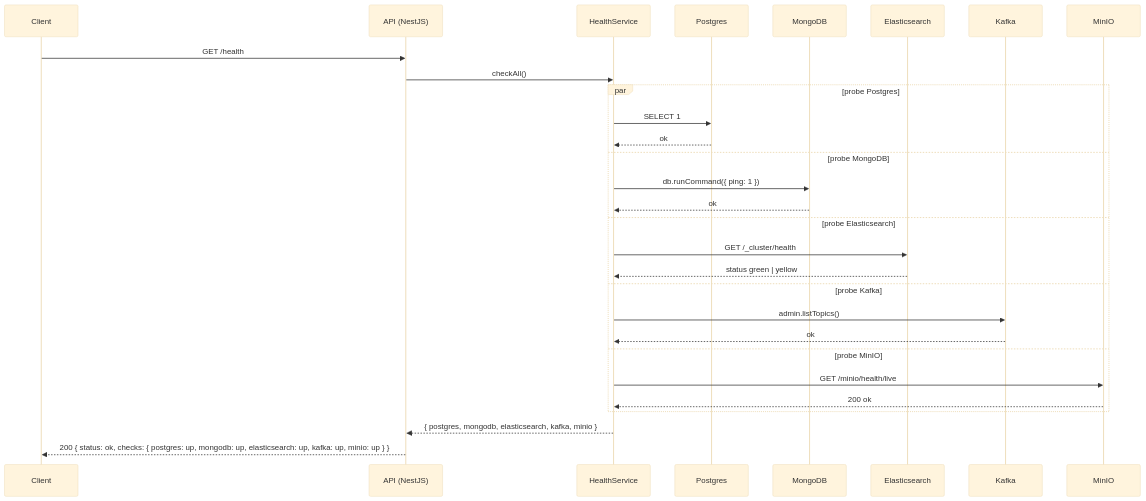
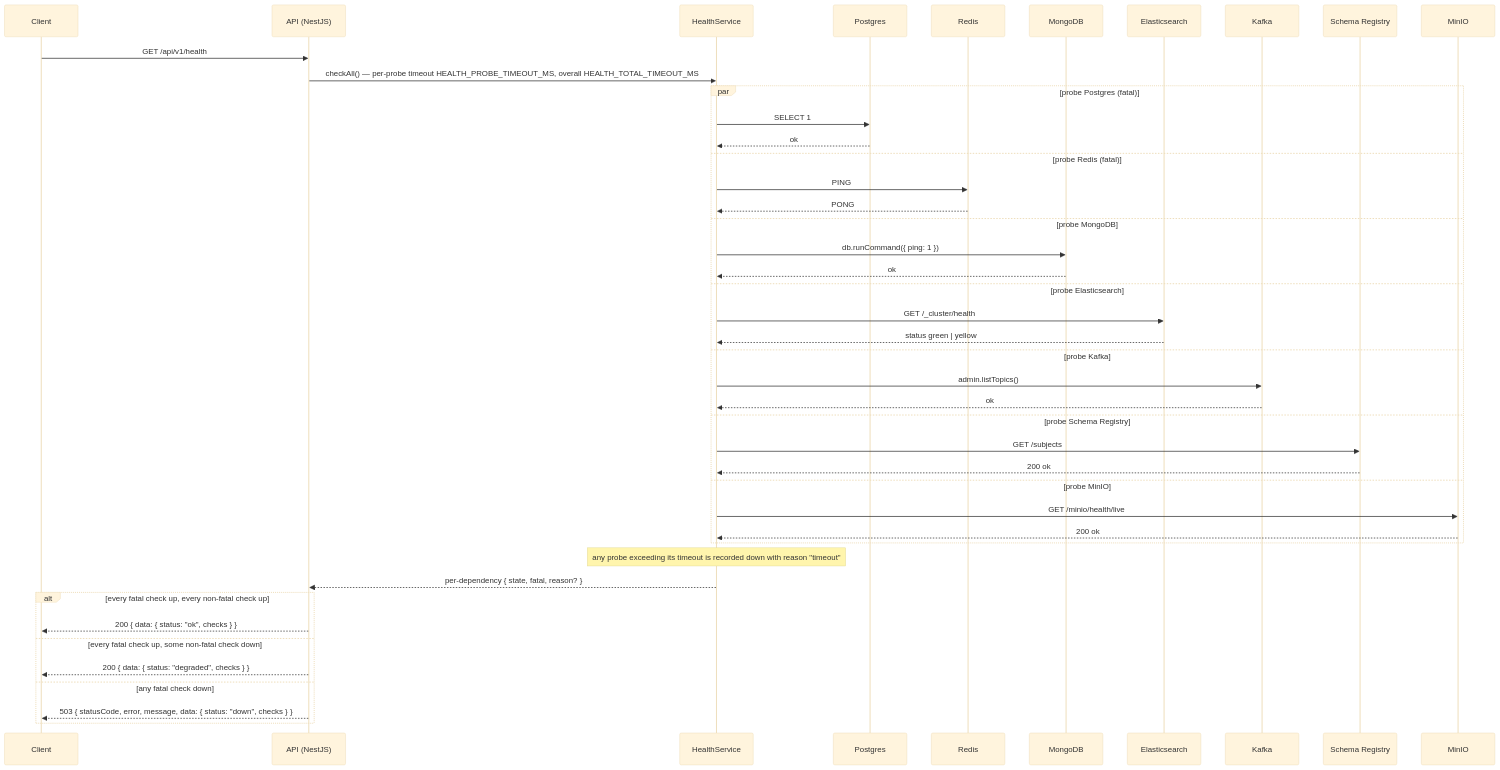
One commit to alisa-uthi/aliceut-ecom-document changed the first of 2 diagrams in phase-1/technical-design/api-design/health.md. Above: the diagram before and after it, drawn with Mermaid (base theme). The commit also changed other lines of this file and 73 other files, not shown here.

````diff
--- a/phase-1/technical-design/api-design/health.md
+++ b/phase-1/technical-design/api-design/health.md
@@ -58,32 +148,48 @@
 ```mermaid
 sequenceDiagram
     participant C as Client
     participant API as API (NestJS)
     participant HS as HealthService
     participant PG as Postgres
+    participant R as Redis
     participant MDB as MongoDB
     participant ES as Elasticsearch
     participant KF as Kafka
+    participant SR as Schema Registry
     participant MN as MinIO
 
-    C->>API: GET /health
-    API->>HS: checkAll()
-    par probe Postgres
+    C->>API: GET /api/v1/health
+    API->>HS: checkAll() — per-probe timeout HEALTH_PROBE_TIMEOUT_MS, overall HEALTH_TOTAL_TIMEOUT_MS
+    par probe Postgres (fatal)
         HS->>PG: SELECT 1
         PG-->>HS: ok
+    and probe Redis (fatal)
+        HS->>R: PING
+        R-->>HS: PONG
     and probe MongoDB
         HS->>MDB: db.runCommand({ ping: 1 })
         MDB-->>HS: ok
     and probe Elasticsearch
         HS->>ES: GET /_cluster/health
         ES-->>HS: status green | yellow
     and probe Kafka
         HS->>KF: admin.listTopics()
         KF-->>HS: ok
+    and probe Schema Registry
+        HS->>SR: GET /subjects
+        SR-->>HS: 200 ok
     and probe MinIO
         HS->>MN: GET /minio/health/live
         MN-->>HS: 200 ok
     end
-    HS-->>API: { postgres, mongodb, elasticsearch, kafka, minio }
-    API-->>C: 200 { status: ok, checks: { postgres: up, mongodb: up, elasticsearch: up, kafka: up, minio: up } }
+    Note over HS: any probe exceeding its timeout is recorded down with reason "timeout"
+
+    HS-->>API: per-dependency { state, fatal, reason? }
+    alt every fatal check up, every non-fatal check up
+        API-->>C: 200 { data: { status: "ok", checks } }
+    else every fatal check up, some non-fatal check down
+        API-->>C: 200 { data: { status: "degraded", checks } }
+    else any fatal check down
+        API-->>C: 503 { statusCode, error, message, data: { status: "down", checks } }
+    end
 ```
````
